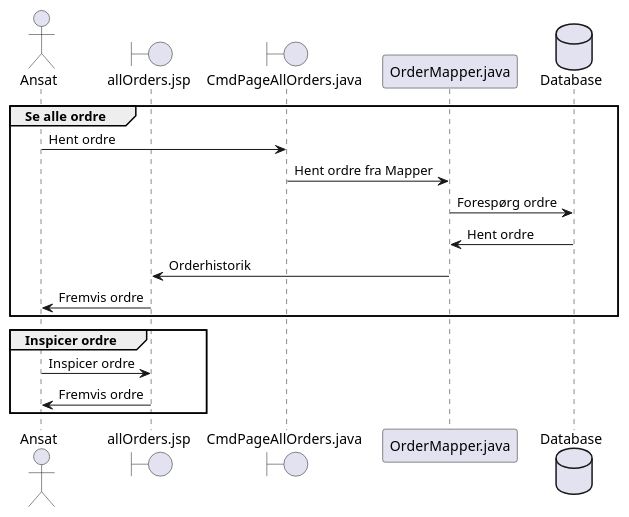
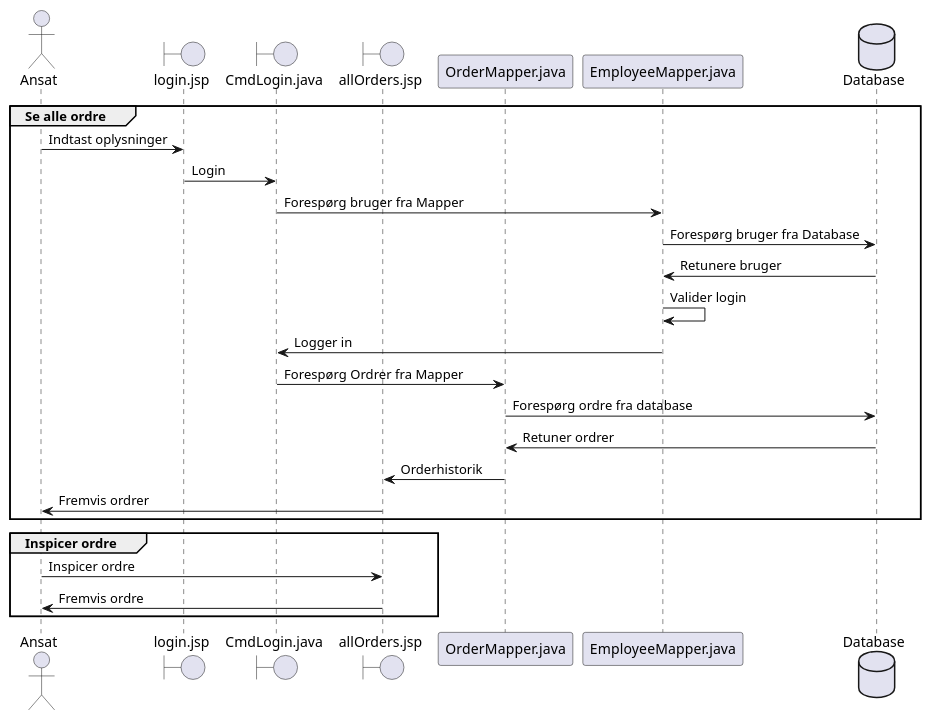
One commit to NikolajX4000/Sem2Exam changed the diagram in src/main/java/UML/SequenceDiagram_ViewAllOrders.puml. Above: the diagram before and after it, drawn with PlantUML. The commit also changed other lines of this file, not shown here.

Commit message:
SequenceDiagram_ViewAllOrders

```diff
--- a/src/main/java/UML/SequenceDiagram_ViewAllOrders.puml
+++ b/src/main/java/UML/SequenceDiagram_ViewAllOrders.puml
@@ -1,23 +1,31 @@
 @startuml
 
 actor Ansat
+boundary "login.jsp" as LI
+boundary "CmdLogin.java" as CLI
 boundary "allOrders.jsp" as AO
-boundary "CmdPageAllOrders.java" as CAO
 participant "OrderMapper.java" as OM
+participant "EmployeeMapper.java" as EM
 database "Database" as DB
 
 group Se alle ordre
-Ansat -> CAO : Hent ordre
-CAO -> OM : Hent ordre fra Mapper
-OM -> DB : Forespørg ordre
-DB -> OM : Hent ordre
+Ansat -> LI : Indtast oplysninger
+LI -> CLI : Login
+CLI -> EM : Forespørg bruger fra Mapper
+EM -> DB : Forespørg bruger fra Database
+DB -> EM : Retunere bruger
+EM -> EM : Valider login
+EM -> CLI : Logger in
+CLI -> OM : Forespørg Ordrer fra Mapper
+OM -> DB : Forespørg ordre fra database
+DB -> OM : Retuner ordrer
 OM -> AO : Orderhistorik
-AO -> Ansat : Fremvis ordre
+AO -> Ansat : Fremvis ordrer
 end
 
 group Inspicer ordre
 Ansat -> AO : Inspicer ordre
 AO -> Ansat : Fremvis ordre
 end
 
 @enduml
```
